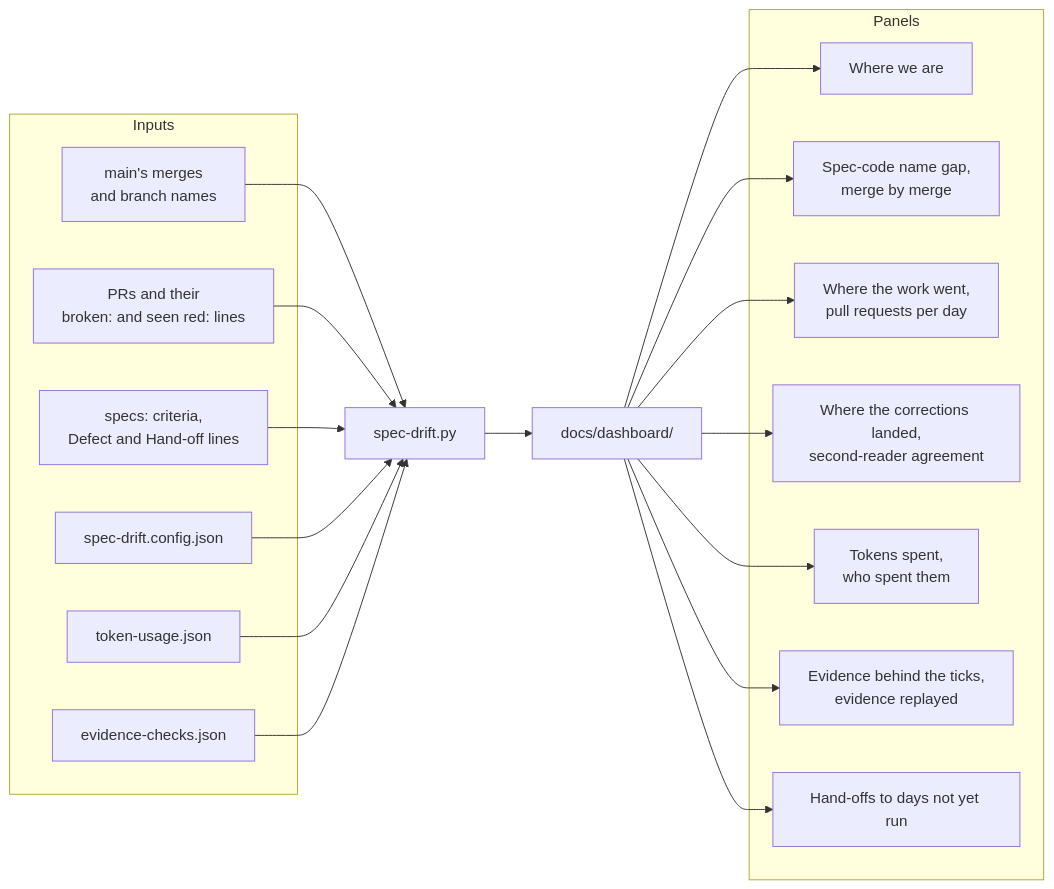
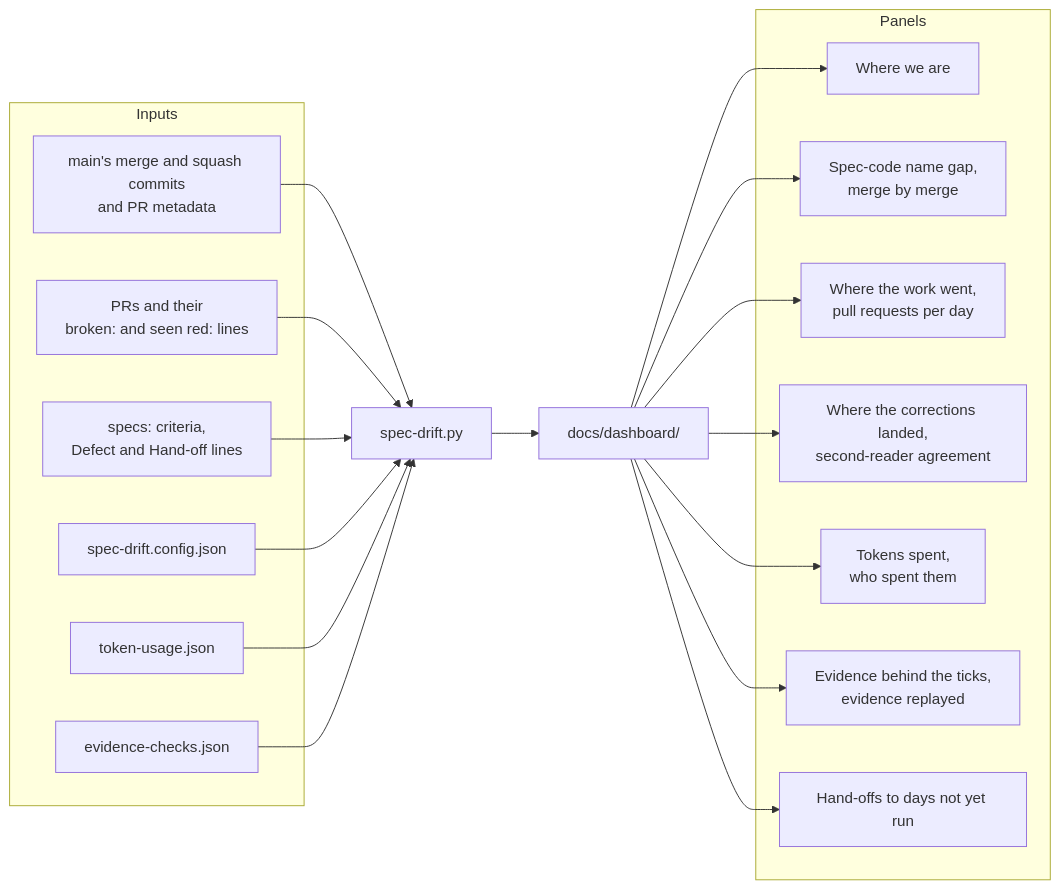
Before and after one commit to Yusuprozimemet/agentic-workflow-kit: diagram 16 of 17 in docs/architecture.md, drawn with Mermaid. The commit also changed other lines of this file, not shown here.

Commit message:
docs: refresh architecture controls

````diff
--- a/docs/architecture.md
+++ b/docs/architecture.md
@@ -351,24 +360,24 @@
 ```mermaid
 flowchart LR
     subgraph Inputs
-        GL["main's merges<br/>and branch names"]
+        GL["main's merge and squash commits<br/>and PR metadata"]
         GHAPI["PRs and their<br/>broken: and seen red: lines"]
         SPECS["specs: criteria,<br/>Defect and Hand-off lines"]
         CFG[spec-drift.config.json]
         TOK[token-usage.json]
         EVJ[evidence-checks.json]
     end
     SDP[spec-drift.py]
     GL & GHAPI & SPECS & CFG & TOK & EVJ --> SDP
     SDP --> PAGE["docs/dashboard/"]
     subgraph Panels
         P1["Where we are"]
         P2["Spec-code name gap,<br/>merge by merge"]
         P3["Where the work went,<br/>pull requests per day"]
         P4["Where the corrections landed,<br/>second-reader agreement"]
         P5["Tokens spent,<br/>who spent them"]
         P6["Evidence behind the ticks,<br/>evidence replayed"]
         P7["Hand-offs to days not yet run"]
     end
     PAGE --> P1 & P2 & P3 & P4 & P5 & P6 & P7
 ```
````
